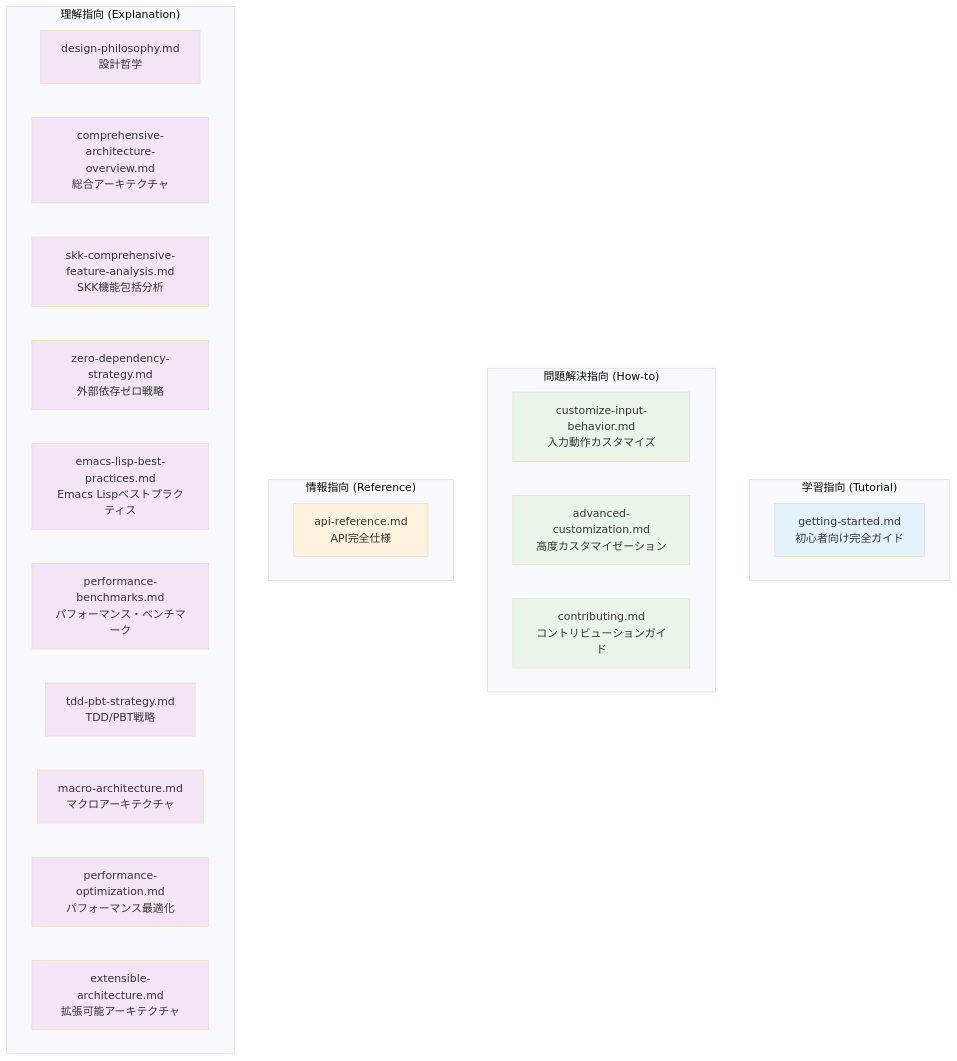
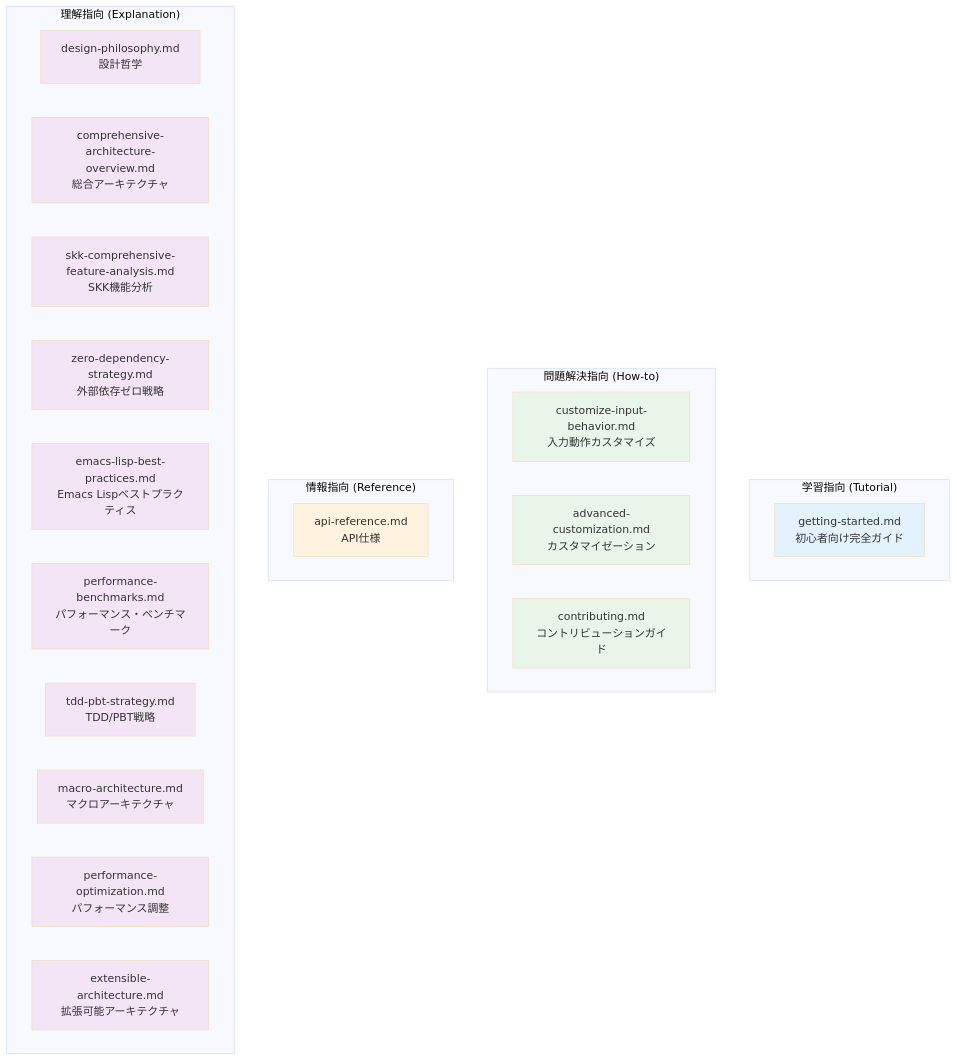
Before and after one commit to takeokunn/nskk.el: the first of 2 diagrams in docs/DOCUMENTATION_MAP.md, drawn with Mermaid (base theme). The commit also changed other lines of this file and 8 other files, not shown here.

````diff
--- a/docs/DOCUMENTATION_MAP.md
+++ b/docs/DOCUMENTATION_MAP.md
@@ -9,39 +9,39 @@
 ```mermaid
 graph TB
     subgraph "学習指向 (Tutorial)"
         T1[getting-started.md<br/>初心者向け完全ガイド]
     end
 
     subgraph "問題解決指向 (How-to)"
         H1[customize-input-behavior.md<br/>入力動作カスタマイズ]
-        H2[advanced-customization.md<br/>高度カスタマイゼーション]
+        H2[advanced-customization.md<br/>カスタマイゼーション]
         H3[contributing.md<br/>コントリビューションガイド]
     end
 
     subgraph "情報指向 (Reference)"
-        R1[api-reference.md<br/>API完全仕様]
+        R1[api-reference.md<br/>API仕様]
     end
 
     subgraph "理解指向 (Explanation)"
         E1[design-philosophy.md<br/>設計哲学]
         E2[comprehensive-architecture-overview.md<br/>総合アーキテクチャ]
-        E3[skk-comprehensive-feature-analysis.md<br/>SKK機能包括分析]
+        E3[skk-comprehensive-feature-analysis.md<br/>SKK機能分析]
         E4[zero-dependency-strategy.md<br/>外部依存ゼロ戦略]
         E5[emacs-lisp-best-practices.md<br/>Emacs Lispベストプラクティス]
         E6[performance-benchmarks.md<br/>パフォーマンス・ベンチマーク]
         E7[tdd-pbt-strategy.md<br/>TDD/PBT戦略]
         E8[macro-architecture.md<br/>マクロアーキテクチャ]
-        E9[performance-optimization.md<br/>パフォーマンス最適化]
+        E9[performance-optimization.md<br/>パフォーマンス調整]
         E10[extensible-architecture.md<br/>拡張可能アーキテクチャ]
     end
 
     classDef tutorial fill:#e3f2fd
     classDef howto fill:#e8f5e8
     classDef reference fill:#fff3e0
     classDef explanation fill:#f3e5f5
 
     class T1 tutorial
     class H1,H2,H3 howto
     class R1 reference
     class E1,E2,E3,E4,E5,E6,E7,E8,E9,E10 explanation
 ```
````
